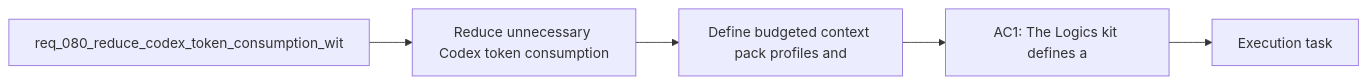
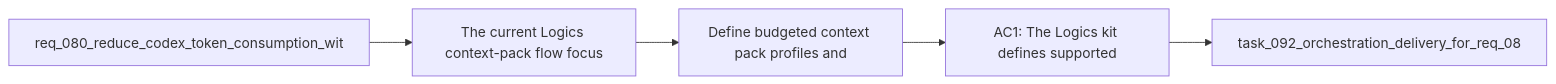
One commit to AlexAgo83/logics-manager changed the diagram in logics/backlog/item_103_define_budgeted_context_pack_profiles_and_deterministic_trimming_for_codex.md. Above: the diagram before and after it, drawn with Mermaid. The commit also changed 481 other files, not shown here.

````diff
--- a/logics/backlog/item_103_define_budgeted_context_pack_profiles_and_deterministic_trimming_for_codex.md
+++ b/logics/backlog/item_103_define_budgeted_context_pack_profiles_and_deterministic_trimming_for_codex.md
@@ -28,9 +28,9 @@
 ```mermaid
 %% logics-kind: backlog
 %% logics-signature: backlog|define-budgeted-context-pack-profiles-an|req-080-reduce-codex-token-consumption-w|the-current-logics-context-pack-flow-foc|ac1-the-logics-kit-defines-supported
 flowchart LR
-    Request[req_080_reduce_codex_token_consumption_wit] --> Problem[Reduce unnecessary Codex token consumption]
+    Request[req_080_reduce_codex_token_consumption_wit] --> Problem[The current Logics context-pack flow focus]
     Problem --> Scope[Define budgeted context pack profiles and]
-    Scope --> Acceptance[AC1: The Logics kit defines a]
-    Acceptance --> Tasks[Execution task]
+    Scope --> Acceptance[AC1: The Logics kit defines supported]
+    Acceptance --> Tasks[task_092_orchestration_delivery_for_req_08]
 ```
````
